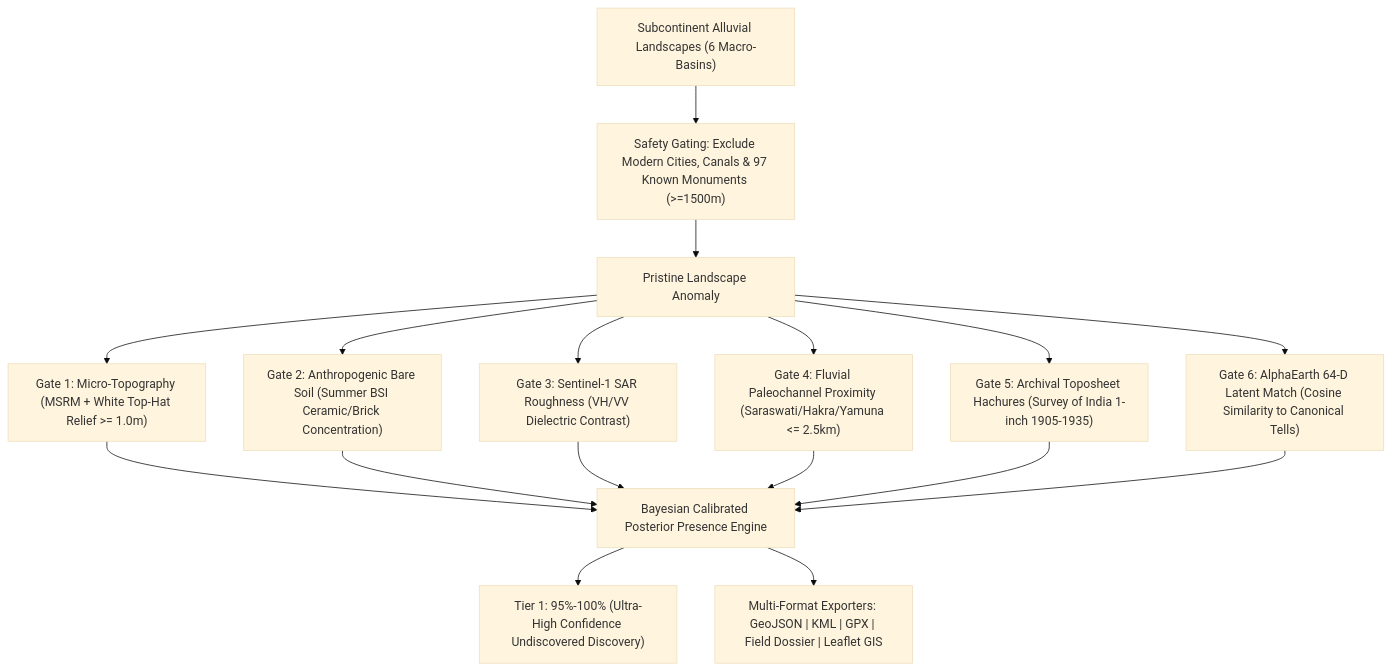
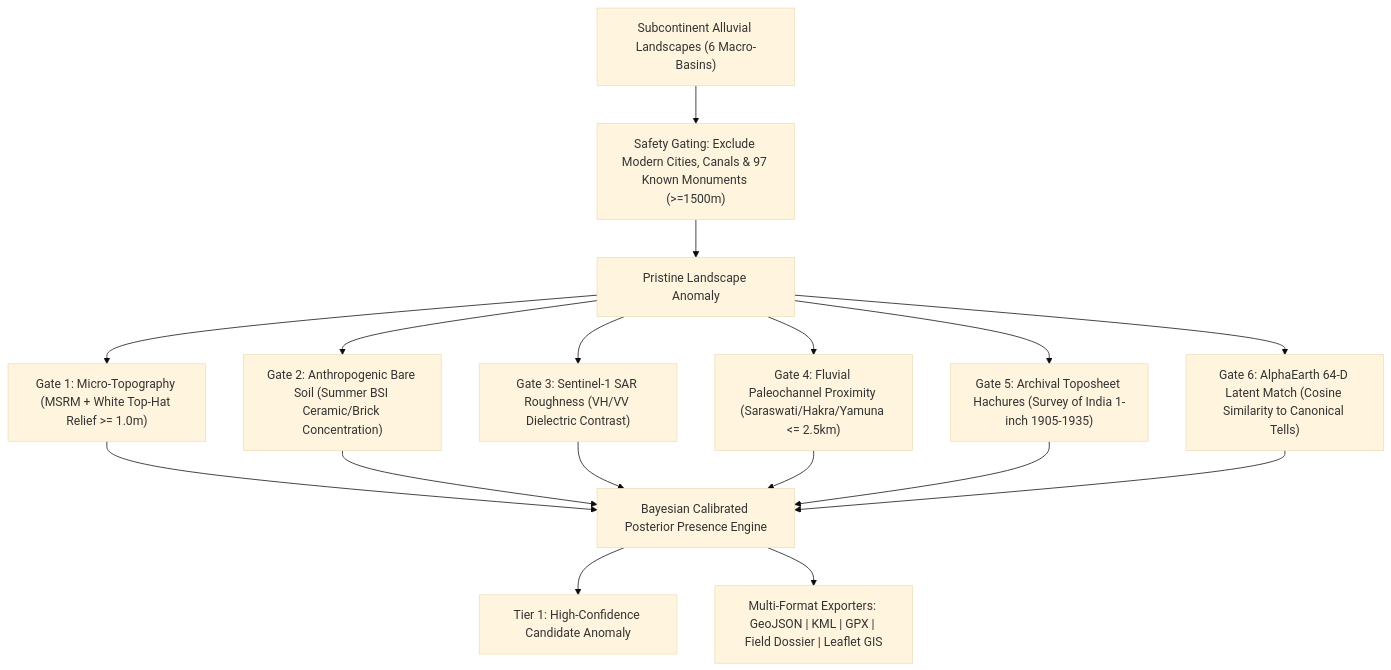
Before and after one commit to alok-108/haryana-mound-apm: the diagram in README.md, drawn with Mermaid (base theme). The commit also changed other lines of this file and 8 other files, not shown here.

````diff
--- a/README.md
+++ b/README.md
@@ -39,14 +65,14 @@
 ```mermaid
 flowchart TD
     Terrain["Subcontinent Alluvial Landscapes (6 Macro-Basins)"] --> G0["Safety Gating: Exclude Modern Cities, Canals & 97 Known Monuments (>=1500m)"]
     G0 --> Candidate["Pristine Landscape Anomaly"]
     Candidate --> G1["Gate 1: Micro-Topography (MSRM + White Top-Hat Relief >= 1.0m)"]
     Candidate --> G2["Gate 2: Anthropogenic Bare Soil (Summer BSI Ceramic/Brick Concentration)"]
     Candidate --> G3["Gate 3: Sentinel-1 SAR Roughness (VH/VV Dielectric Contrast)"]
     Candidate --> G4["Gate 4: Fluvial Paleochannel Proximity (Saraswati/Hakra/Yamuna <= 2.5km)"]
     Candidate --> G5["Gate 5: Archival Toposheet Hachures (Survey of India 1-inch 1905-1935)"]
     Candidate --> G6["Gate 6: AlphaEarth 64-D Latent Match (Cosine Similarity to Canonical Tells)"]
     G1 & G2 & G3 & G4 & G5 & G6 --> Ensemble["Bayesian Calibrated Posterior Presence Engine"]
-    Ensemble --> Tier1["Tier 1: 95%-100% (Ultra-High Confidence Undiscovered Discovery)"]
+    Ensemble --> Tier1["Tier 1: High-Confidence Candidate Anomaly"]
     Ensemble --> Outputs["Multi-Format Exporters: GeoJSON | KML | GPX | Field Dossier | Leaflet GIS"]
 ```
````
